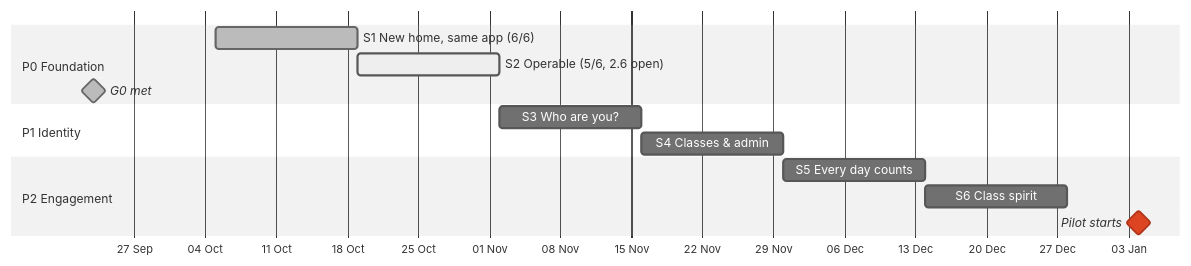
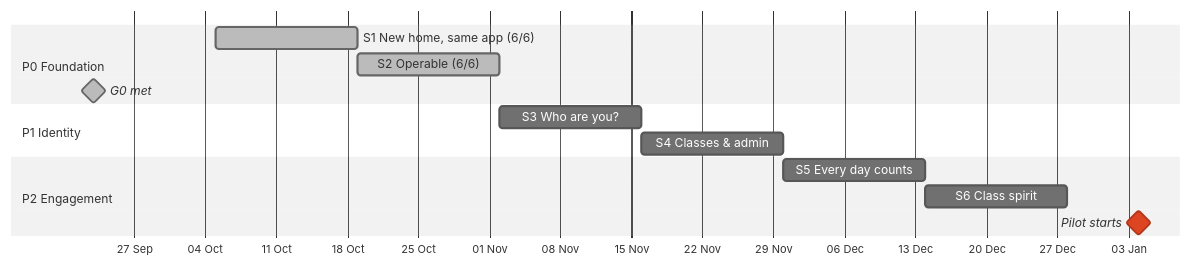
One commit to Sira-Labs/Suffa changed the first of 2 diagrams in docs/plan/sprint-plan.md. Above: the diagram before and after it, drawn with Mermaid (neutral theme). The commit also changed other lines of this file and 9 other files, not shown here.

````diff
--- a/docs/plan/sprint-plan.md
+++ b/docs/plan/sprint-plan.md
@@ -17,17 +17,17 @@
 ```mermaid
 gantt
   dateFormat YYYY-MM-DD
   axisFormat %d %b
   todayMarker on
   section P0 Foundation
   S1 New home, same app (6/6)        :done, s1, 2026-10-05, 14d
-  S2 Operable (5/6, 2.6 open)        :active, s2, after s1, 14d
+  S2 Operable (6/6)                  :done, s2, after s1, 14d
   G0 met                             :milestone, done, g0, 2026-09-23, 0d
   section P1 Identity
   S3 Who are you?                    :s3, after s2, 14d
   S4 Classes & admin                 :s4, after s3, 14d
   section P2 Engagement
   S5 Every day counts               :s5, after s4, 14d
   S6 Class spirit                    :s6, after s5, 14d
   Pilot starts                       :milestone, crit, pilot, 2027-01-04, 0d
 ```
````
